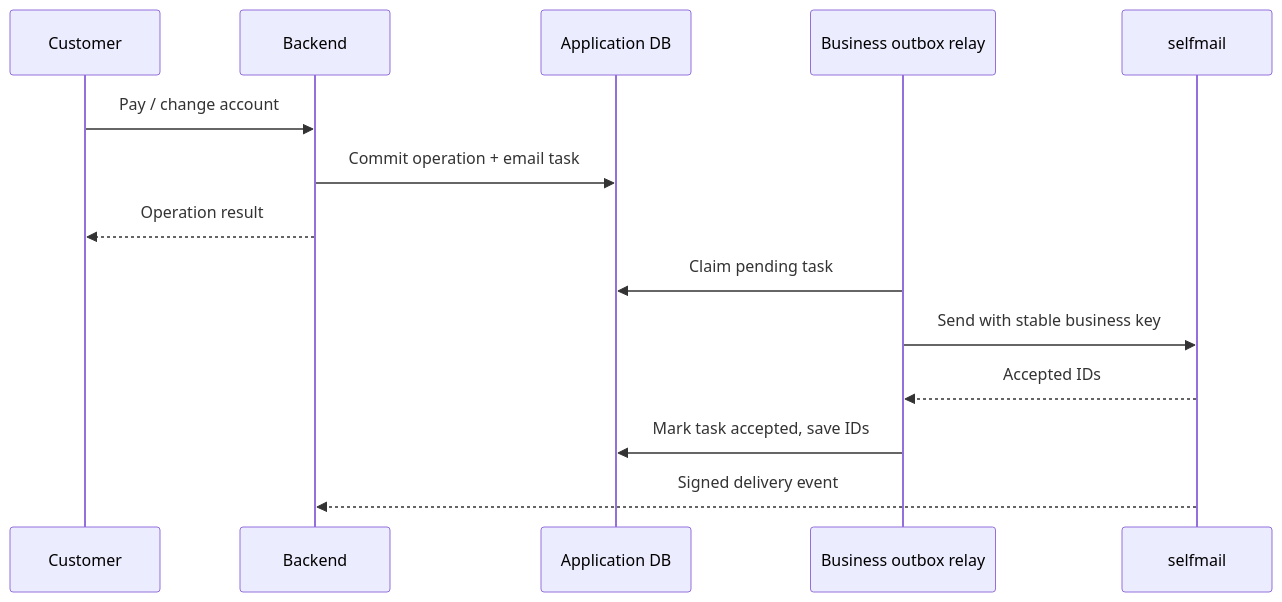
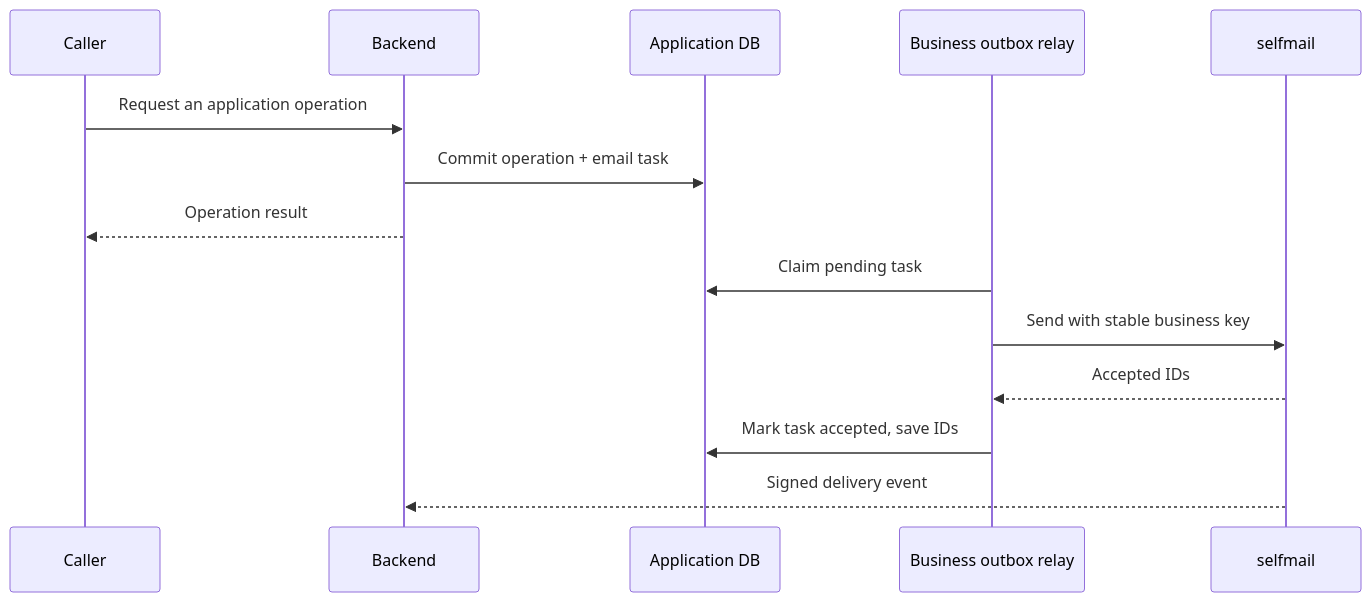
Before and after one commit to Elmar006/selfmail: the diagram in docs/integration.md, drawn with Mermaid. The commit also changed other lines of this file and 9 other files, not shown here.

````diff
--- a/docs/integration.md
+++ b/docs/integration.md
@@ -183,16 +183,16 @@
 ```mermaid
 sequenceDiagram
-    participant Customer
+    participant Caller
     participant Backend
     participant AppDB as Application DB
     participant Relay as Business outbox relay
     participant Mail as selfmail
-    Customer->>Backend: Pay / change account
+    Caller->>Backend: Request an application operation
     Backend->>AppDB: Commit operation + email task
-    Backend-->>Customer: Operation result
+    Backend-->>Caller: Operation result
     Relay->>AppDB: Claim pending task
     Relay->>Mail: Send with stable business key
     Mail-->>Relay: Accepted IDs
     Relay->>AppDB: Mark task accepted, save IDs
     Mail-->>Backend: Signed delivery event
 ```
````
